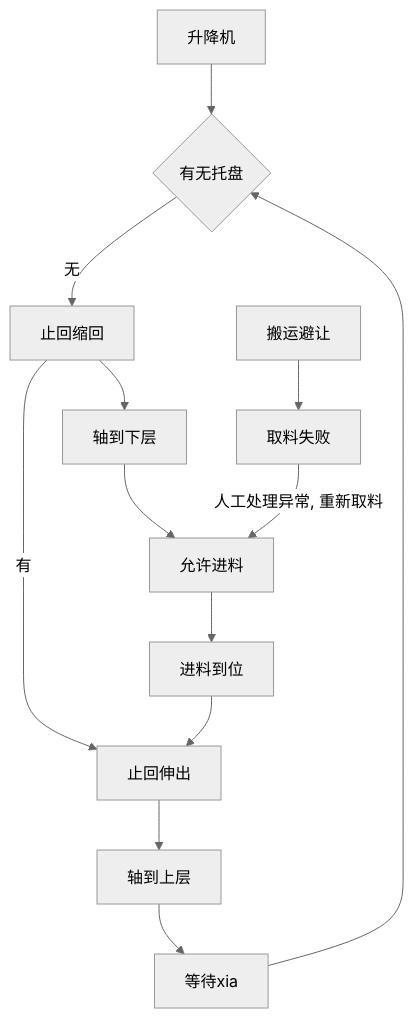
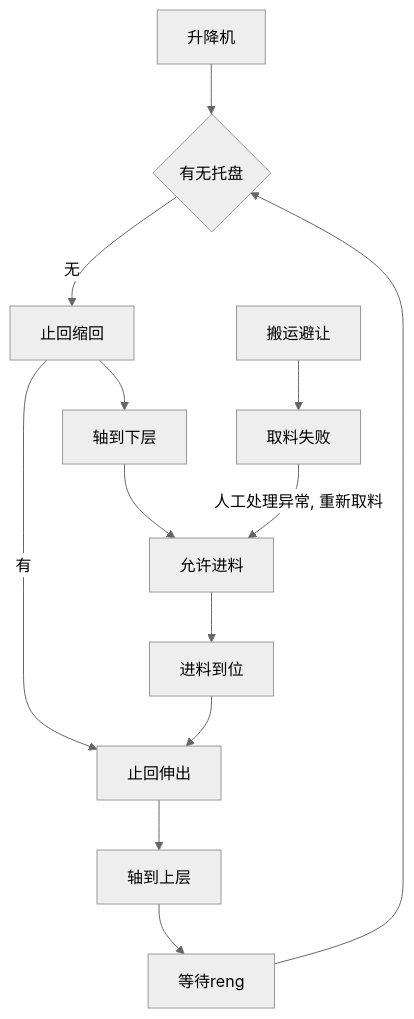
The diagram in all/升降台.md (PengKun1/iodraw-files), drawn with Mermaid (neutral theme) before and after one commit.

Commit message:
2024-12-23 10:20:14 update

````diff
--- a/all/升降台.md
+++ b/all/升降台.md
@@ -1,16 +1,16 @@
 ```mermaid
 graph TD
 0[升降机]-->10
 10{有无托盘}-->|无|20
 20-->|有|60
 20[止回缩回]-->30
 30[轴到下层]-->40
 40[允许进料]-->50
 50[进料到位]-->60
 60[止回伸出]-->70
 70[轴到上层]-->80
-80[等待xia]-->10
+80[等待reng]-->10
 90[搬运避让]-->900
 
 900[取料失败]-->|人工处理异常, 重新取料|40
 ```
````
